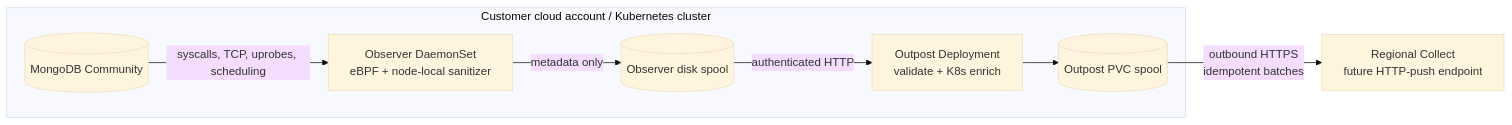
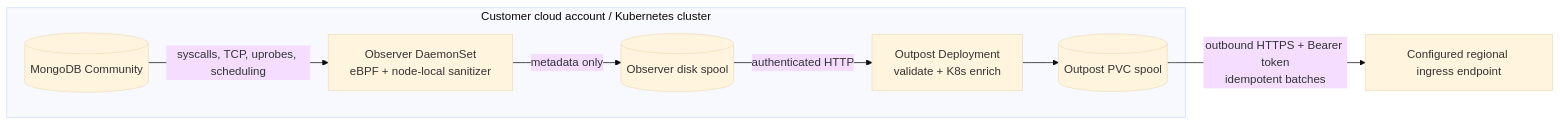
Before and after one commit to theroverhq/mongodb-dam: the diagram in README.md, drawn with Mermaid (base theme). The commit also changed other lines of this file and 31 other files, not shown here.

First line of the commit message:
Refactor MongoDB DAM to use a regional endpoint for HTTP-push

````diff
--- a/README.md
+++ b/README.md
@@ -7,13 +7,13 @@
 ```mermaid
 flowchart LR
     subgraph CA[Customer cloud account / Kubernetes cluster]
         M[(MongoDB Community)]
         O[Observer DaemonSet<br/>eBPF + node-local sanitizer]
         Q[(Observer disk spool)]
         P[Outpost Deployment<br/>validate + K8s enrich]
         S[(Outpost PVC spool)]
         M -->|syscalls, TCP, uprobes, scheduling| O
         O -->|metadata only| Q -->|authenticated HTTP| P --> S
     end
-    S -->|outbound HTTPS<br/>idempotent batches| C[Regional Collect<br/>future HTTP-push endpoint]
+    S -->|outbound HTTPS + Bearer token<br/>idempotent batches| C[Configured regional ingress endpoint]
 ```
````
